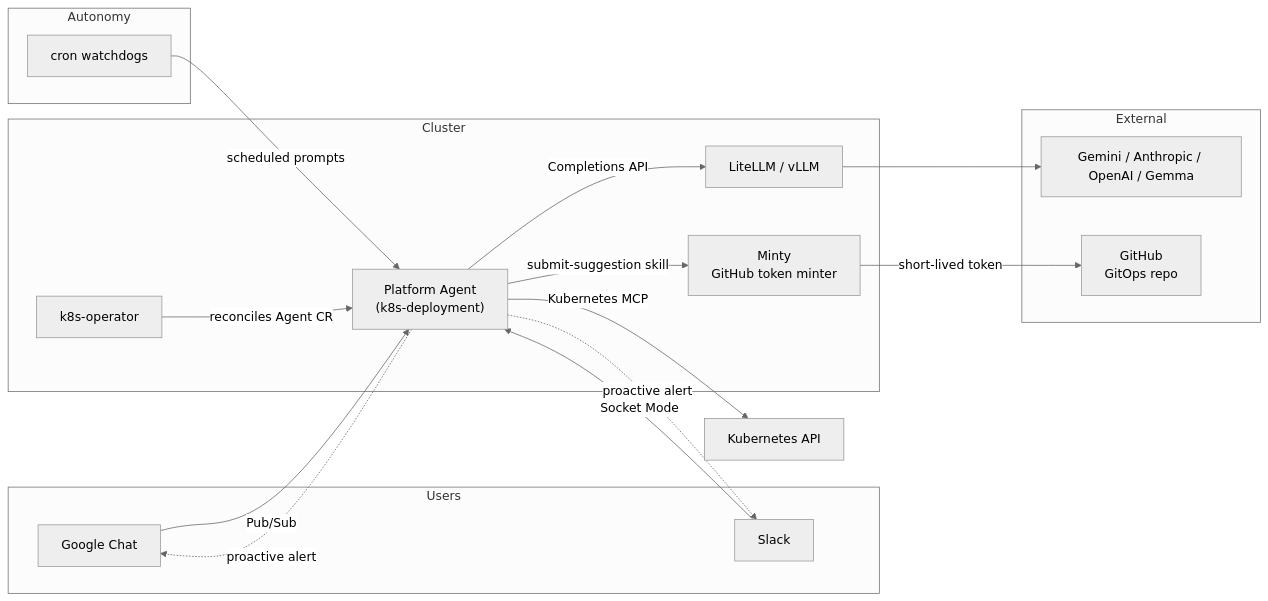
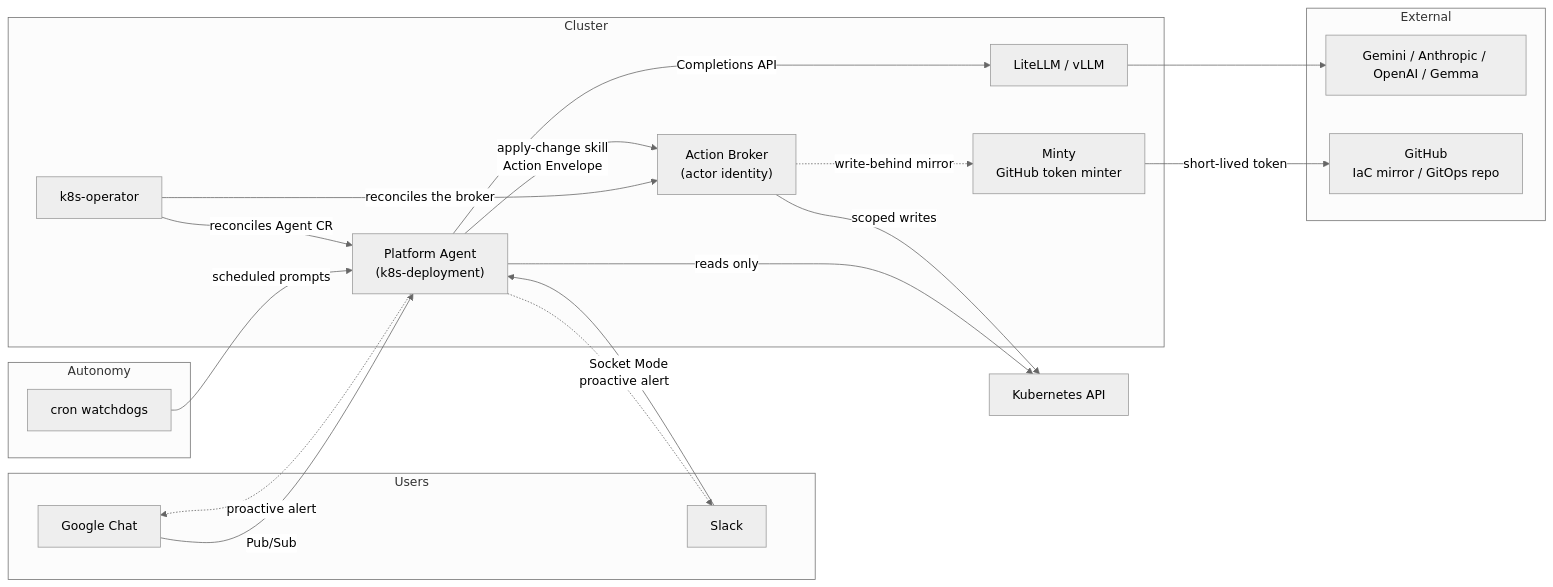
Before and after one commit to adamparco/kube-agents: the diagram in docs/site/src/content/docs/index.mdx, drawn with Mermaid (neutral theme). The commit also changed other lines of this file and 197 other files, not shown here.

````diff
--- a/docs/site/src/content/docs/index.mdx
+++ b/docs/site/src/content/docs/index.mdx
@@ -76,35 +71,39 @@
 ```mermaid
 flowchart LR
     subgraph Users
         GC[Google Chat]
         SL[Slack]
     end
 
     subgraph Autonomy
         CR[cron watchdogs]
     end
 
     subgraph Cluster
         OP[k8s-operator]
         PA["Platform Agent<br/>(k8s-deployment)"]
+        AB["Action Broker<br/>(actor identity)"]
         LM[LiteLLM / vLLM]
         MT[Minty<br/>GitHub token minter]
     end
 
     subgraph External
         LLM[Gemini / Anthropic / OpenAI / Gemma]
-        GH[GitHub<br/>GitOps repo]
+        GH[GitHub<br/>IaC mirror / GitOps repo]
     end
 
     GC -->|Pub/Sub| PA
     SL -->|Socket Mode| PA
     CR -->|scheduled prompts| PA
     OP -->|reconciles Agent CR| PA
+    OP -->|reconciles the broker| AB
     PA -->|Completions API| LM
     LM --> LLM
-    PA -->|submit-suggestion skill| MT
+    PA -->|reads only| K8S[Kubernetes API]
+    PA -->|apply-change skill<br/>Action Envelope| AB
+    AB -->|scoped writes| K8S
+    AB -.->|write-behind mirror| MT
     MT -->|short-lived token| GH
-    PA -->|Kubernetes MCP| K8S[Kubernetes API]
     PA -.->|proactive alert| GC
     PA -.->|proactive alert| SL
 ```
````
